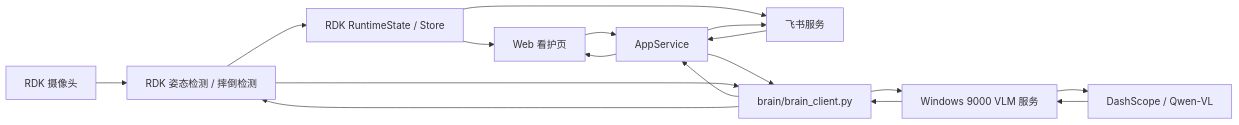
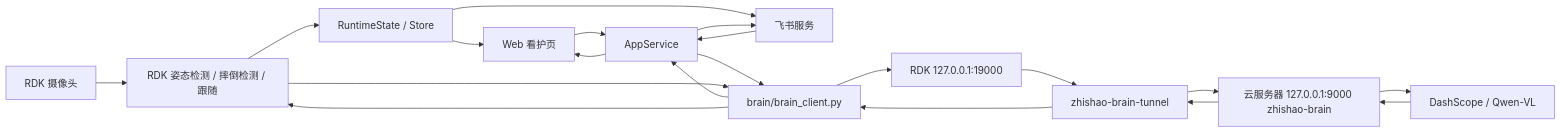
Before and after one commit to Yc-5519/ZhiShao: the diagram in docs/ARCHITECTURE.md, drawn with Mermaid. The commit also changed other lines of this file and 9 other files, not shown here.

Commit message:
docs: make cloud VLM the primary brain path

````diff
--- a/docs/ARCHITECTURE.md
+++ b/docs/ARCHITECTURE.md
@@ -33,19 +38,22 @@
 ```mermaid
 flowchart LR
-    Camera["RDK 摄像头"] --> Vision["RDK 姿态检测 / 摔倒检测"]
-    Vision --> Runtime["RDK RuntimeState / Store"]
+    Camera["RDK 摄像头"] --> Vision["RDK 姿态检测 / 摔倒检测 / 跟随"]
+    Vision --> Runtime["RuntimeState / Store"]
     Runtime --> Web["Web 看护页"]
     Runtime --> Feishu["飞书服务"]
     Web --> AppService["AppService"]
     Feishu --> AppService
     AppService --> BrainClient["brain/brain_client.py"]
     Vision --> BrainClient
-    BrainClient --> VLM["Windows 9000 VLM 服务"]
-    VLM --> DashScope["DashScope / Qwen-VL"]
-    DashScope --> VLM
-    VLM --> BrainClient
+    BrainClient --> LocalTunnel["RDK 127.0.0.1:19000"]
+    LocalTunnel --> SSH["zhishao-brain-tunnel"]
+    SSH --> CloudBrain["云服务器 127.0.0.1:9000 zhishao-brain"]
+    CloudBrain --> DashScope["DashScope / Qwen-VL"]
+    DashScope --> CloudBrain
+    CloudBrain --> SSH
+    SSH --> BrainClient
     BrainClient --> AppService
     BrainClient --> Vision
     AppService --> Web
     AppService --> Feishu
 ```
````
